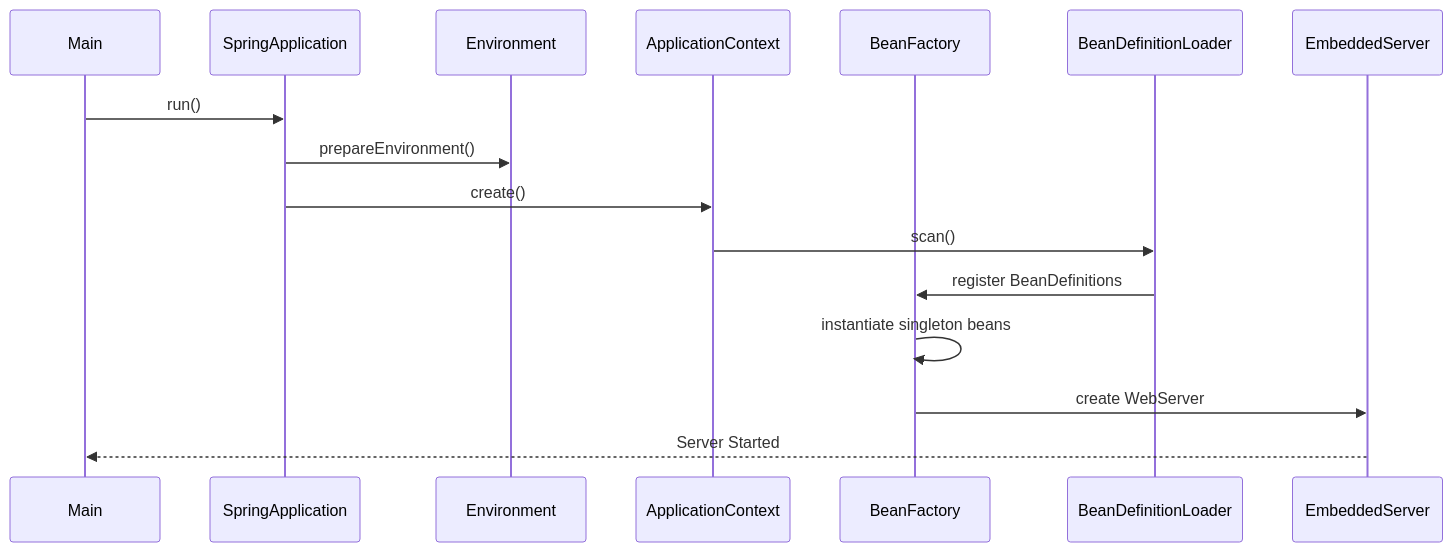
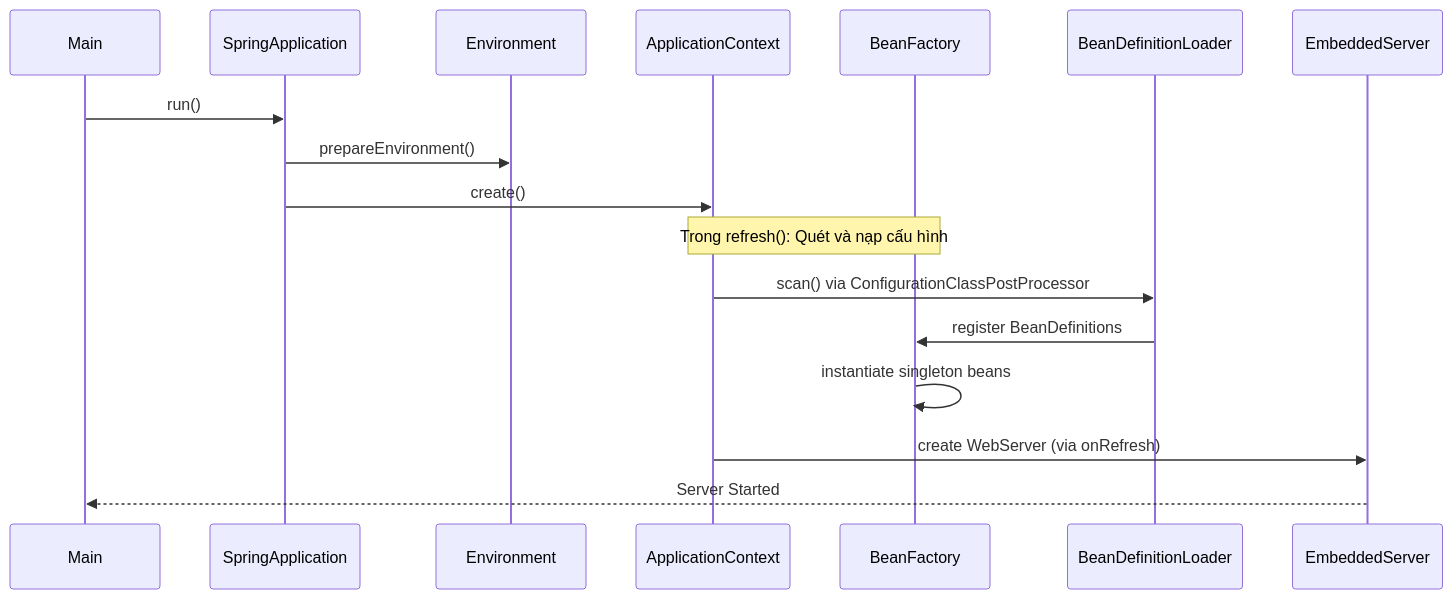
One commit to MaiTheHao/docs changed the second of 9 diagrams in temporary/spring_boot/001.md. Above: the diagram before and after it, drawn with Mermaid. The commit also changed other lines of this file and 6 other files, not shown here.

````diff
--- a/temporary/spring_boot/001.md
+++ b/temporary/spring_boot/001.md
@@ -81,22 +80,23 @@
 ```mermaid
 sequenceDiagram
     accTitle: Spring Boot Startup Timeline Sequence
     accDescr: Sequence diagram illustrating interactions between Main, SpringApplication, Environment, ApplicationContext, BeanFactory, BeanDefinitionLoader, and EmbeddedServer.
 
     participant Main
     participant SpringApplication
     participant Environment
     participant ApplicationContext
     participant BeanFactory
     participant BeanDefinitionLoader
     participant EmbeddedServer
 
     Main->>SpringApplication: run()
     SpringApplication->>Environment: prepareEnvironment()
     SpringApplication->>ApplicationContext: create()
-    ApplicationContext->>BeanDefinitionLoader: scan()
+    Note over ApplicationContext, BeanFactory: Trong refresh(): Quét và nạp cấu hình
+    ApplicationContext->>BeanDefinitionLoader: scan() via ConfigurationClassPostProcessor
     BeanDefinitionLoader->>BeanFactory: register BeanDefinitions
     BeanFactory->>BeanFactory: instantiate singleton beans
-    BeanFactory->>EmbeddedServer: create WebServer
+    ApplicationContext->>EmbeddedServer: create WebServer (via onRefresh)
     EmbeddedServer-->>Main: Server Started
 ```
````
